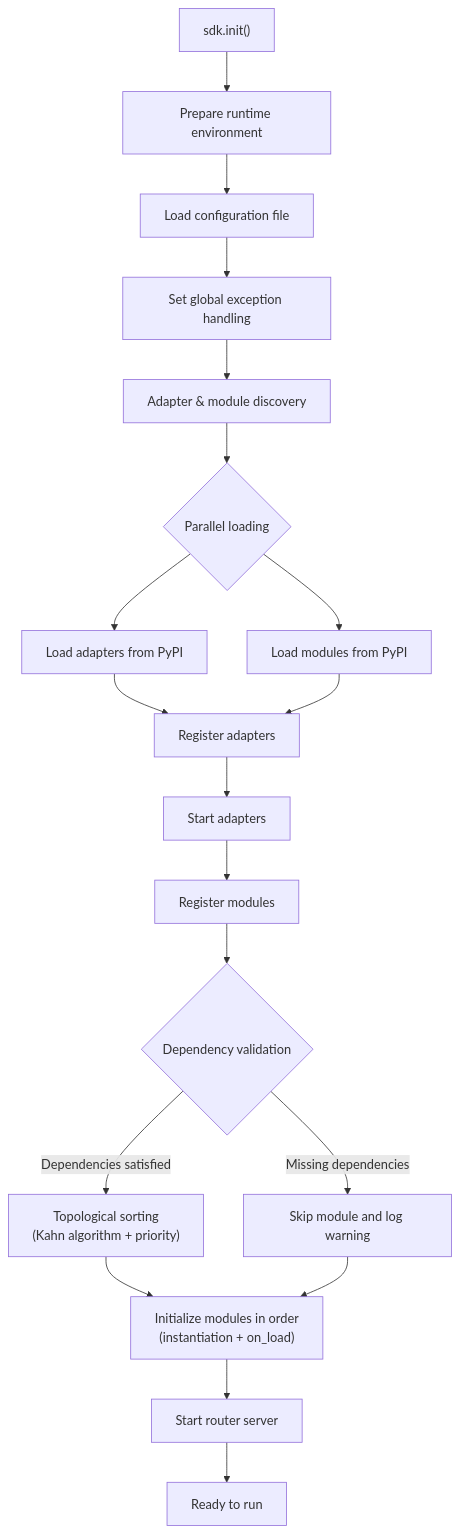
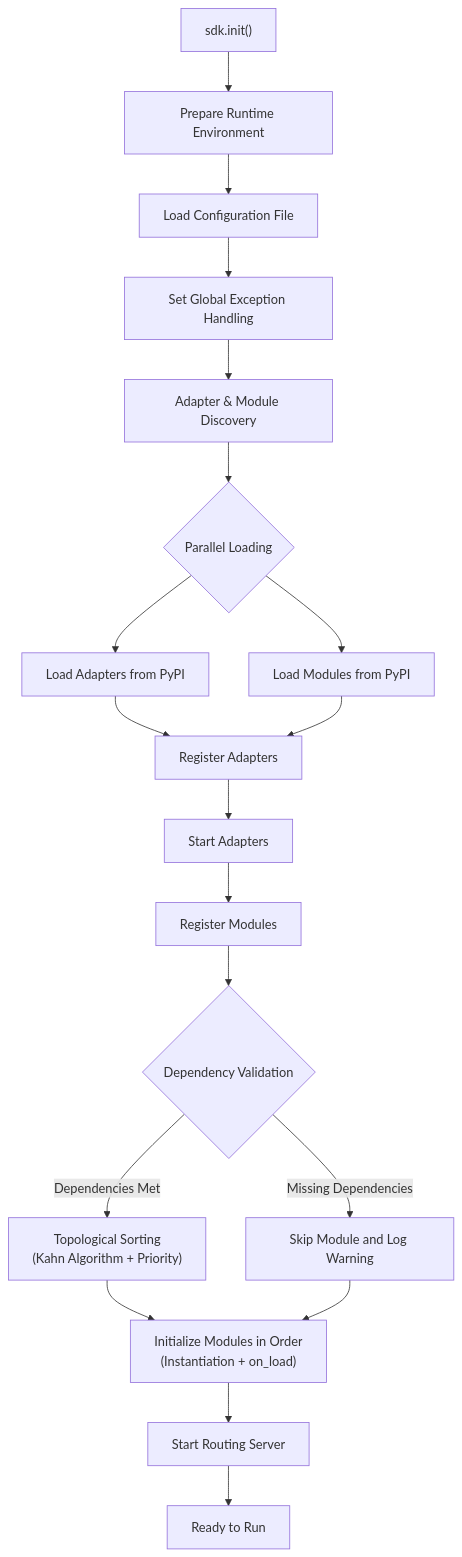
The second of 9 diagrams in docs/en/architecture.md (ErisPulse/ErisPulse), drawn with Mermaid before and after one commit. The commit also changed other lines of this file and 622 other files, not shown here.

````diff
--- a/docs/en/architecture.md
+++ b/docs/en/architecture.md
@@ -63,20 +59,20 @@
 ```mermaid
 flowchart TD
-    A["sdk.init()"] --> B["Prepare runtime environment"]
-    B --> B1["Load configuration file"]
-    B1 --> B2["Set global exception handling"]
-    B2 --> C["Adapter & module discovery"]
-    C --> D{"Parallel loading"}
-    D --> D1["Load adapters from PyPI"]
-    D --> D2["Load modules from PyPI"]
-    D1 & D2 --> E["Register adapters"]
-    E --> E1["Start adapters"]
-    E1 --> F["Register modules"]
-    F --> F1{"Dependency validation"}
-    F1 -->|"Missing dependencies"| F2["Skip module and log warning"]
-    F1 -->|"Dependencies satisfied"| F3["Topological sorting<br/>(Kahn algorithm + priority)"]
-    F3 --> G["Initialize modules in order<br/>(instantiation + on_load)"]
+    A["sdk.init()"] --> B["Prepare Runtime Environment"]
+    B --> B1["Load Configuration File"]
+    B1 --> B2["Set Global Exception Handling"]
+    B2 --> C["Adapter & Module Discovery"]
+    C --> D{"Parallel Loading"}
+    D --> D1["Load Adapters from PyPI"]
+    D --> D2["Load Modules from PyPI"]
+    D1 & D2 --> E["Register Adapters"]
+    E --> E1["Start Adapters"]
+    E1 --> F["Register Modules"]
+    F --> F1{"Dependency Validation"}
+    F1 -->|"Missing Dependencies"| F2["Skip Module and Log Warning"]
+    F1 -->|"Dependencies Met"| F3["Topological Sorting<br/>(Kahn Algorithm + Priority)"]
+    F3 --> G["Initialize Modules in Order<br/>(Instantiation + on_load)"]
     F2 --> G
-    G --> H["Start router server"]
-    H --> K["Ready to run"]
+    G --> H["Start Routing Server"]
+    H --> K["Ready to Run"]
 ```
````
